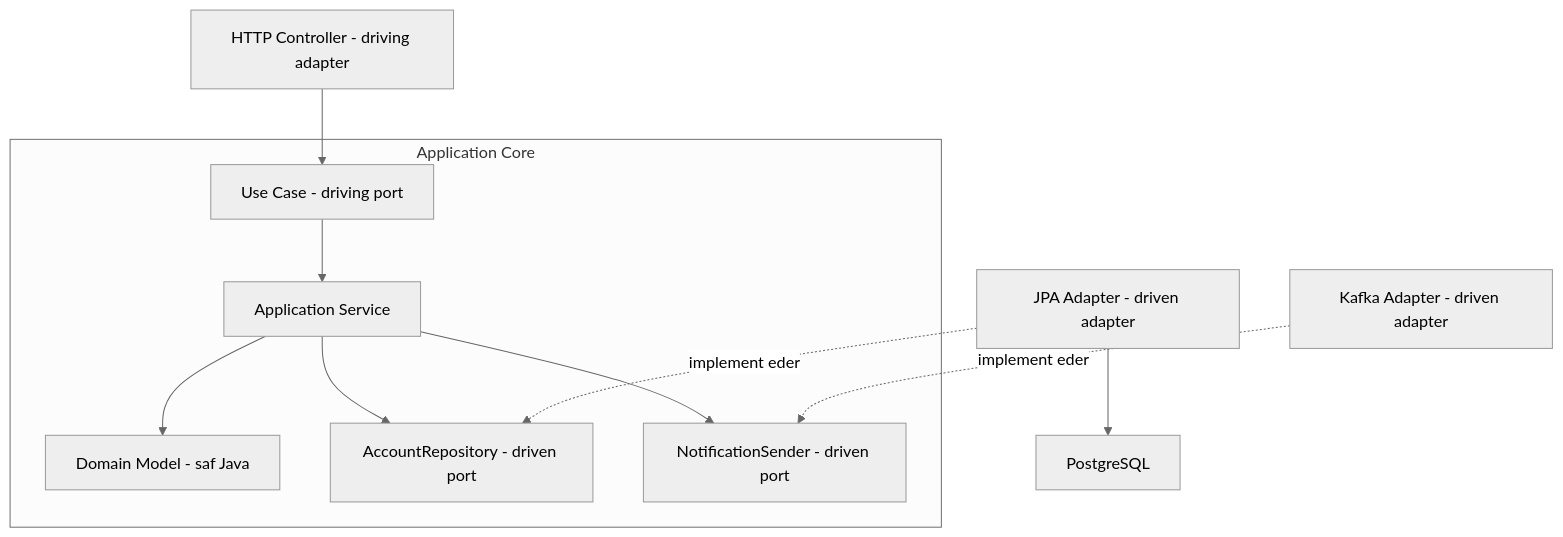
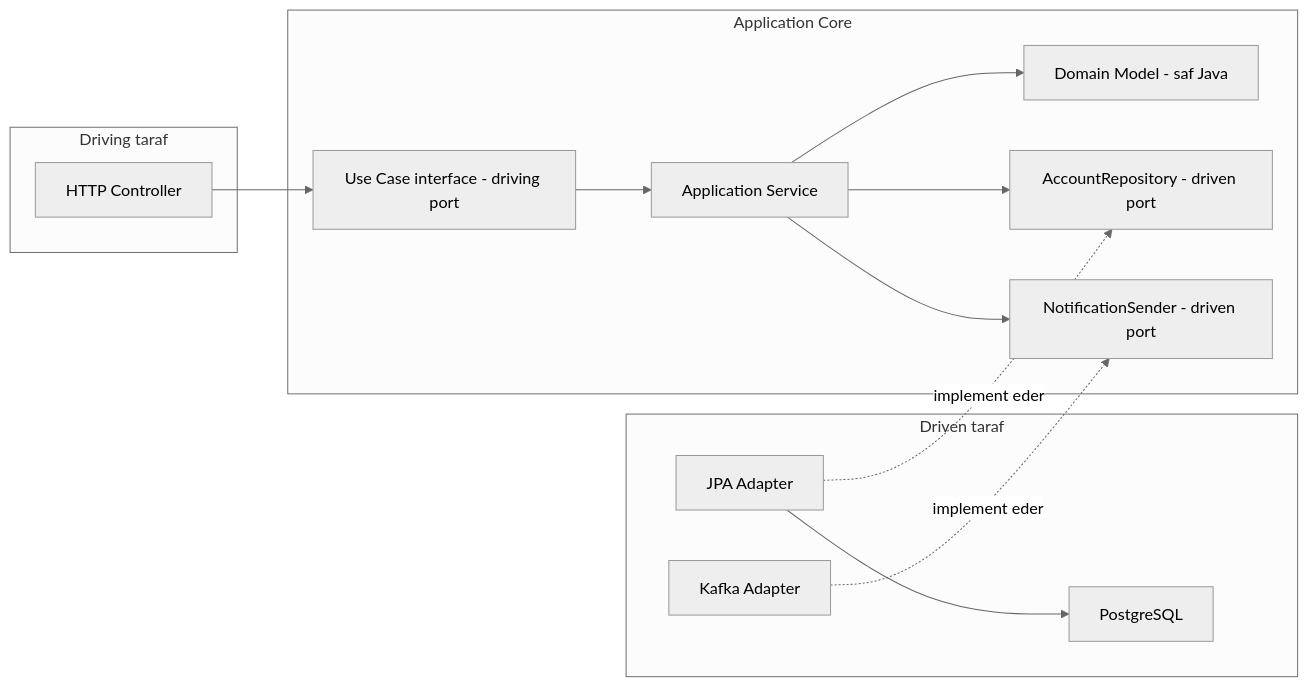
One commit to adraarda23/banking-learning changed the second of 4 diagrams in 01-foundation/01-architecture/README.md. Above: the diagram before and after it, drawn with Mermaid (neutral theme). The commit also changed other lines of this file and 37 other files, not shown here.

````diff
--- a/01-foundation/01-architecture/README.md
+++ b/01-foundation/01-architecture/README.md
@@ -153,13 +111,19 @@
 ```mermaid
-flowchart TD
+flowchart LR
+    subgraph DRIVING["Driving taraf"]
+        HTTP["HTTP Controller"]
+    end
     subgraph CORE["Application Core"]
-        IN["Use Case - driving port"] --> SVC["Application Service"]
+        UC["Use Case interface - driving port"] --> SVC["Application Service"]
         SVC --> DOM["Domain Model - saf Java"]
-        SVC --> OUT["AccountRepository - driven port"]
-        SVC --> OUT2["NotificationSender - driven port"]
+        SVC --> REPO["AccountRepository - driven port"]
+        SVC --> NOTIF["NotificationSender - driven port"]
     end
-    HTTP["HTTP Controller - driving adapter"] --> IN
-    JPA["JPA Adapter - driven adapter"] -. "implement eder" .-> OUT
-    KAFKA["Kafka Adapter - driven adapter"] -. "implement eder" .-> OUT2
-    JPA --> PG["PostgreSQL"]
+    subgraph DRIVEN["Driven taraf"]
+        JPA["JPA Adapter"] --> PG["PostgreSQL"]
+        KAFKA["Kafka Adapter"]
+    end
+    HTTP --> UC
+    JPA -. "implement eder" .-> REPO
+    KAFKA -. "implement eder" .-> NOTIF
 ```
````
